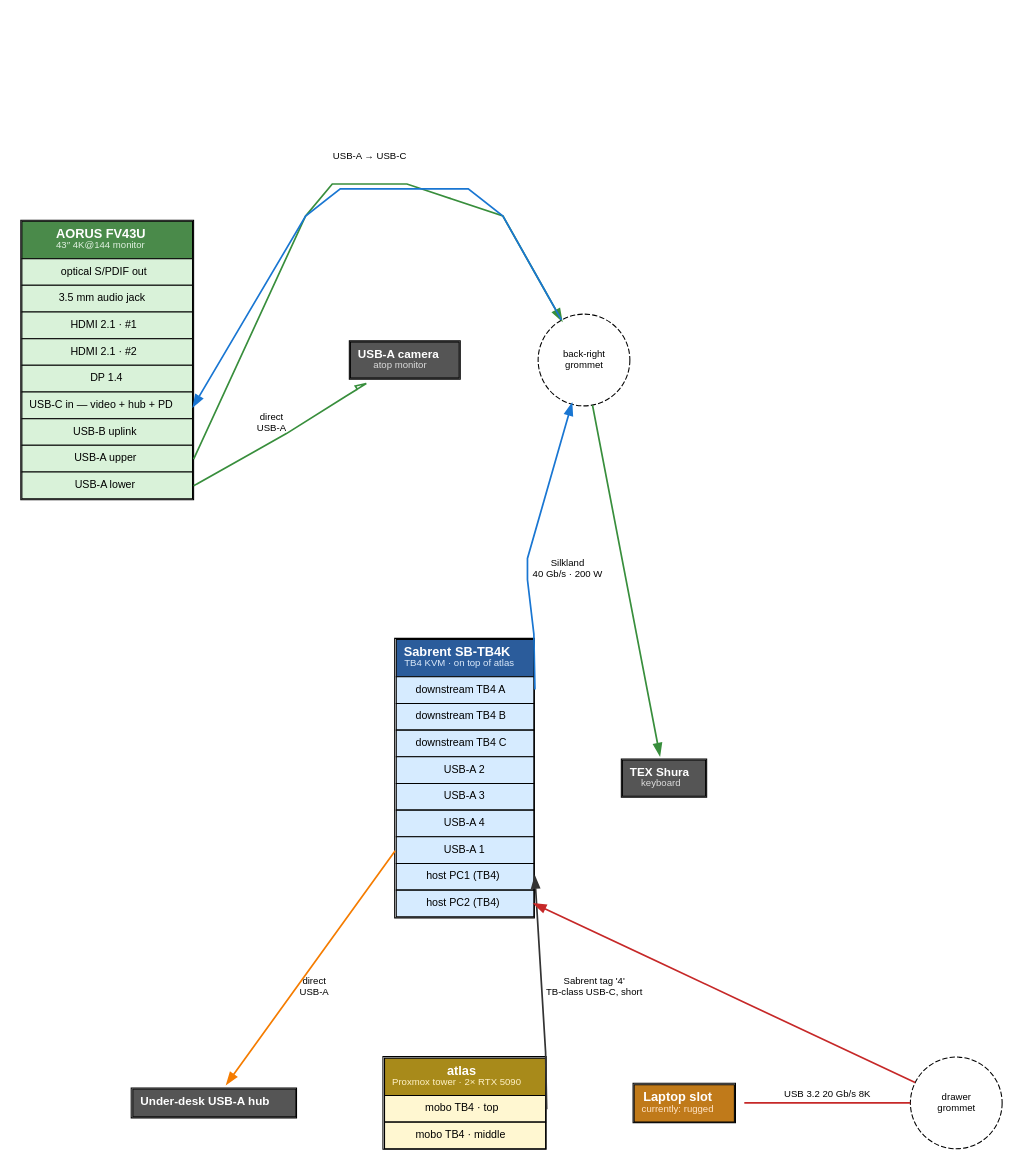
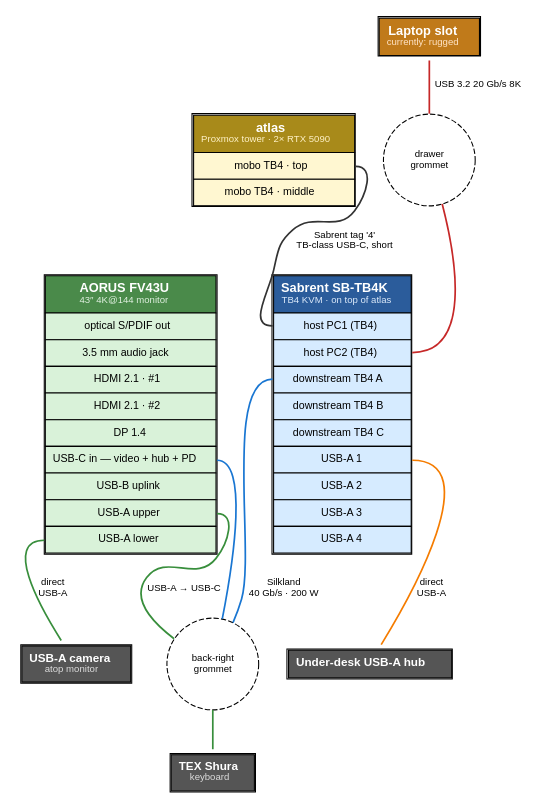
The diagram in desk/wiring_schematic.dot (agentydragon/ducktape), drawn with Graphviz before and after one commit. The commit also changed 1 other file, not shown here.

Commit message:
desk: schematic — drop position hints, drop arrowheads
Removed the rank=same row constraints and the port-ordering-for-
edge-flow hints; let dot lay it out naturally. Set dir=none globally
on edges so cables don't have arrowheads — cables are non-directional
in a wiring schematic.

Claude-Session: https://claude.ai/code/session_01RA9zk6kHcosLHXegpeEHaz

```diff
--- a/desk/wiring_schematic.dot
+++ b/desk/wiring_schematic.dot
@@ -1,127 +1,102 @@
-// Desk wiring — schematic view, physical-layout-inspired.
-//
-//   Row 1 (back of desk):  camera · monitor · back-right grommet
-//   Row 2 (desk surface):  keyboard · KVM (sits on top of atlas)
-//   Row 3 (floor / drawer): atlas tower · drawer grommet · laptop slot
-//   Under-desk hub sits with atlas in row 3.
+// Desk wiring — schematic view.
 //
 // Rendered with:
 //   dot -Tsvg desk/wiring_schematic.dot -o desk/wiring_schematic.svg
 //
-// Device names (headers) are styled distinctly from port names — header
-// is white text on a darker background, port rows are plain text on a
-// lighter tint of the same colour family.
+// Auto-layout: no rank hints, no port ordering, let dot decide.
 
 digraph desk_wiring {
-    rankdir = TB;
-    graph [splines=polyline, nodesep=0.9, ranksep=1.4, fontname="Helvetica"];
+    graph [fontname="Helvetica"];
     node  [shape=none, fontname="Helvetica", fontsize=10];
-    edge  [fontname="Helvetica", fontsize=9, penwidth=1.6];
+    edge  [fontname="Helvetica", fontsize=9, penwidth=1.6, dir=none];
 
-    // ── monitor ────────────────────────────────────────────────────────
     monitor [label=<
       <TABLE BORDER="1" CELLBORDER="1" CELLSPACING="0" CELLPADDING="6">
         <TR><TD BGCOLOR="#4a8a4a"><FONT COLOR="white" POINT-SIZE="12"><B>AORUS FV43U</B></FONT><BR/><FONT COLOR="#e0f0e0" POINT-SIZE="9">43″ 4K@144 monitor</FONT></TD></TR>
         <TR><TD BGCOLOR="#d9f2d9">optical S/PDIF out</TD></TR>
         <TR><TD BGCOLOR="#d9f2d9">3.5 mm audio jack</TD></TR>
         <TR><TD BGCOLOR="#d9f2d9">HDMI 2.1 · #1</TD></TR>
         <TR><TD BGCOLOR="#d9f2d9">HDMI 2.1 · #2</TD></TR>
         <TR><TD BGCOLOR="#d9f2d9">DP 1.4</TD></TR>
         <TR><TD PORT="usbc" BGCOLOR="#d9f2d9">USB-C in — video + hub + PD</TD></TR>
         <TR><TD BGCOLOR="#d9f2d9">USB-B uplink</TD></TR>
         <TR><TD PORT="hi" BGCOLOR="#d9f2d9">USB-A upper</TD></TR>
         <TR><TD PORT="lo" BGCOLOR="#d9f2d9">USB-A lower</TD></TR>
       </TABLE>
     >];
 
-    // ── KVM ────────────────────────────────────────────────────────────
     kvm [label=<
       <TABLE BORDER="1" CELLBORDER="1" CELLSPACING="0" CELLPADDING="6">
         <TR><TD BGCOLOR="#2b5c9b"><FONT COLOR="white" POINT-SIZE="12"><B>Sabrent SB-TB4K</B></FONT><BR/><FONT COLOR="#dceafa" POINT-SIZE="9">TB4 KVM · on top of atlas</FONT></TD></TR>
+        <TR><TD PORT="pc1" BGCOLOR="#d6ebff">host PC1 (TB4)</TD></TR>
+        <TR><TD PORT="pc2" BGCOLOR="#d6ebff">host PC2 (TB4)</TD></TR>
         <TR><TD PORT="ds_a" BGCOLOR="#d6ebff">downstream TB4 A</TD></TR>
         <TR><TD BGCOLOR="#d6ebff">downstream TB4 B</TD></TR>
         <TR><TD BGCOLOR="#d6ebff">downstream TB4 C</TD></TR>
+        <TR><TD PORT="usba1" BGCOLOR="#d6ebff">USB-A 1</TD></TR>
         <TR><TD BGCOLOR="#d6ebff">USB-A 2</TD></TR>
         <TR><TD BGCOLOR="#d6ebff">USB-A 3</TD></TR>
         <TR><TD BGCOLOR="#d6ebff">USB-A 4</TD></TR>
-        <TR><TD PORT="usba1" BGCOLOR="#d6ebff">USB-A 1</TD></TR>
-        <TR><TD PORT="pc1" BGCOLOR="#d6ebff">host PC1 (TB4)</TD></TR>
-        <TR><TD PORT="pc2" BGCOLOR="#d6ebff">host PC2 (TB4)</TD></TR>
       </TABLE>
     >];
 
-    // ── atlas ──────────────────────────────────────────────────────────
     atlas [label=<
       <TABLE BORDER="1" CELLBORDER="1" CELLSPACING="0" CELLPADDING="6">
         <TR><TD BGCOLOR="#a88a1a"><FONT COLOR="white" POINT-SIZE="12"><B>atlas</B></FONT><BR/><FONT COLOR="#fff2c7" POINT-SIZE="9">Proxmox tower · 2× RTX 5090</FONT></TD></TR>
         <TR><TD PORT="tb_top" BGCOLOR="#fff7d1">mobo TB4 · top</TD></TR>
         <TR><TD BGCOLOR="#fff7d1">mobo TB4 · middle</TD></TR>
       </TABLE>
     >];
 
-    // ── laptop slot ────────────────────────────────────────────────────
     laptop [label=<
       <TABLE BORDER="1" CELLBORDER="1" CELLSPACING="0" CELLPADDING="6">
         <TR><TD BGCOLOR="#c07a1a"><FONT COLOR="white" POINT-SIZE="12"><B>Laptop slot</B></FONT><BR/><FONT COLOR="#ffe4c7" POINT-SIZE="9">currently: rugged</FONT></TD></TR>
       </TABLE>
     >];
 
-    // ── grommet pass-through nodes ──────────────────────────────────────
     g_backright [shape=circle, style=dashed, label="back-right\ngrommet", fontsize=9, width=1.2, height=1.2];
     g_drawer    [shape=circle, style=dashed, label="drawer\ngrommet",    fontsize=9, width=1.2, height=1.2];
 
-    // ── peripherals (simple boxes with distinguished header) ────────────
     cam [label=<
       <TABLE BORDER="1" CELLBORDER="1" CELLSPACING="0" CELLPADDING="6">
         <TR><TD BGCOLOR="#555555"><FONT COLOR="white" POINT-SIZE="11"><B>USB-A camera</B></FONT><BR/><FONT COLOR="#dddddd" POINT-SIZE="9">atop monitor</FONT></TD></TR>
       </TABLE>
     >];
 
     kbd [label=<
       <TABLE BORDER="1" CELLBORDER="1" CELLSPACING="0" CELLPADDING="6">
         <TR><TD BGCOLOR="#555555"><FONT COLOR="white" POINT-SIZE="11"><B>TEX Shura</B></FONT><BR/><FONT COLOR="#dddddd" POINT-SIZE="9">keyboard</FONT></TD></TR>
       </TABLE>
     >];
 
     hub [label=<
       <TABLE BORDER="1" CELLBORDER="1" CELLSPACING="0" CELLPADDING="6">
         <TR><TD BGCOLOR="#555555"><FONT COLOR="white" POINT-SIZE="11"><B>Under-desk USB-A hub</B></FONT></TD></TR>
       </TABLE>
     >];
 
-    // ── row constraints (physical layout) ───────────────────────────────
-    { rank=same; cam; monitor; g_backright; }                 // row 1: back of desk
-    { rank=same; kbd; kvm; }                                  // row 2: desk surface
-    { rank=same; hub; atlas; g_drawer; laptop; }              // row 3: floor / drawer
-
-    // ── cables (colour = eventual physical marker) ──────────────────────
-    // host: atlas ↔ KVM (very short, both physically adjacent)
+    // ── cables ──────────────────────────────────────────────────────────
     atlas:tb_top -> kvm:pc1
         [label="Sabrent tag '4'\nTB-class USB-C, short", color="#333333"];
 
-    // host: laptop ↔ KVM via drawer grommet
     laptop -> g_drawer
-        [label="USB 3.2 20 Gb/s 8K", color="#c62828", arrowhead=none];
+        [label="USB 3.2 20 Gb/s 8K", color="#c62828"];
     g_drawer -> kvm:pc2
         [color="#c62828"];
 
-    // KVM ↔ monitor via back-right grommet
     kvm:ds_a -> g_backright
         [label="Silkland\n40 Gb/s · 200 W", color="#1976d2"];
     g_backright -> monitor:usbc
         [color="#1976d2"];
 
-    // KVM ↔ under-desk hub (direct, no grommet)
     kvm:usba1 -> hub
         [label="direct\nUSB-A", color="#f57c00"];
 
-    // Monitor hub ↔ keyboard via back-right grommet
     monitor:hi -> g_backright
         [label="USB-A → USB-C", color="#388e3c"];
     g_backright -> kbd
         [color="#388e3c"];
 
-    // Monitor hub ↔ camera (direct)
     monitor:lo -> cam
         [label="direct\nUSB-A", color="#388e3c"];
 }
```
